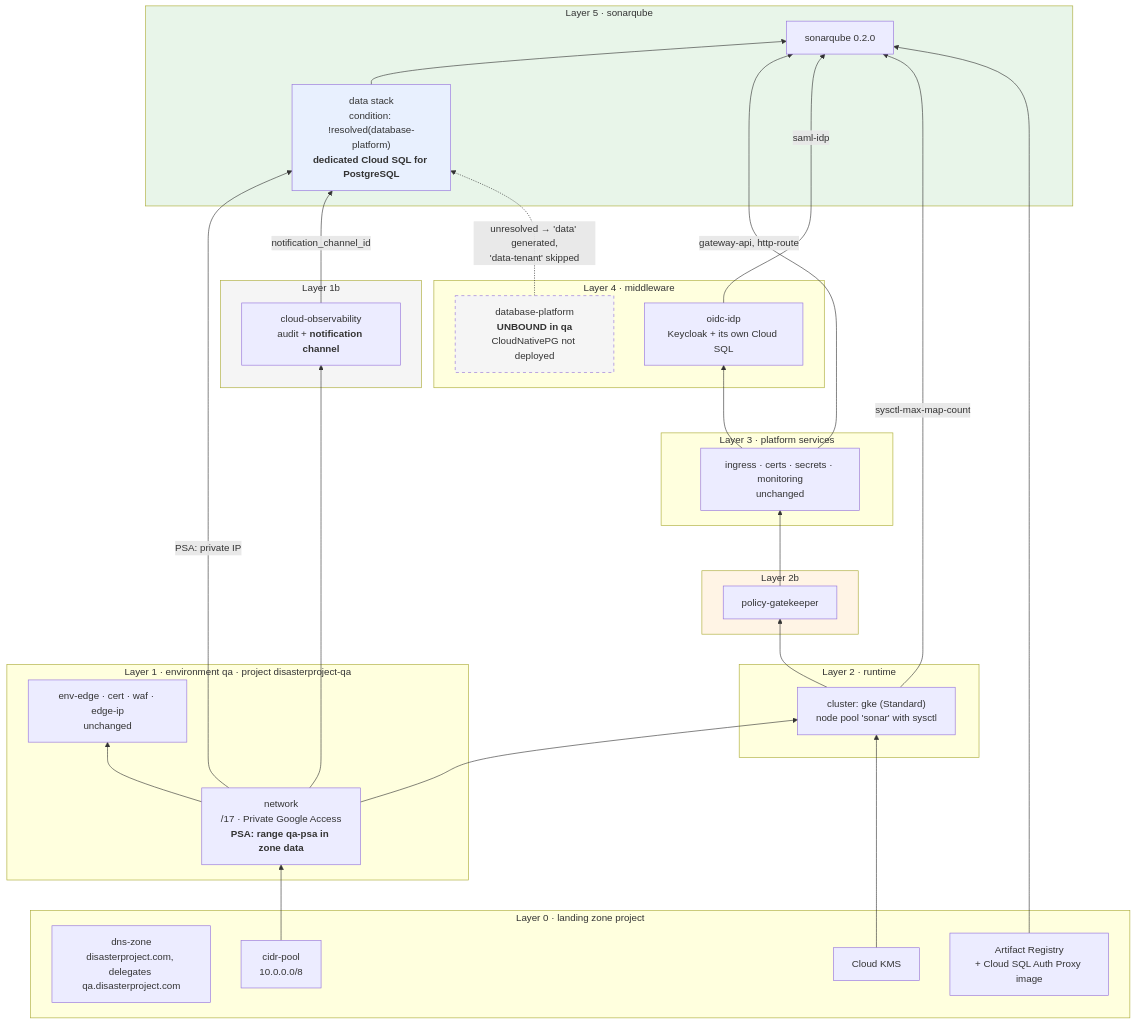
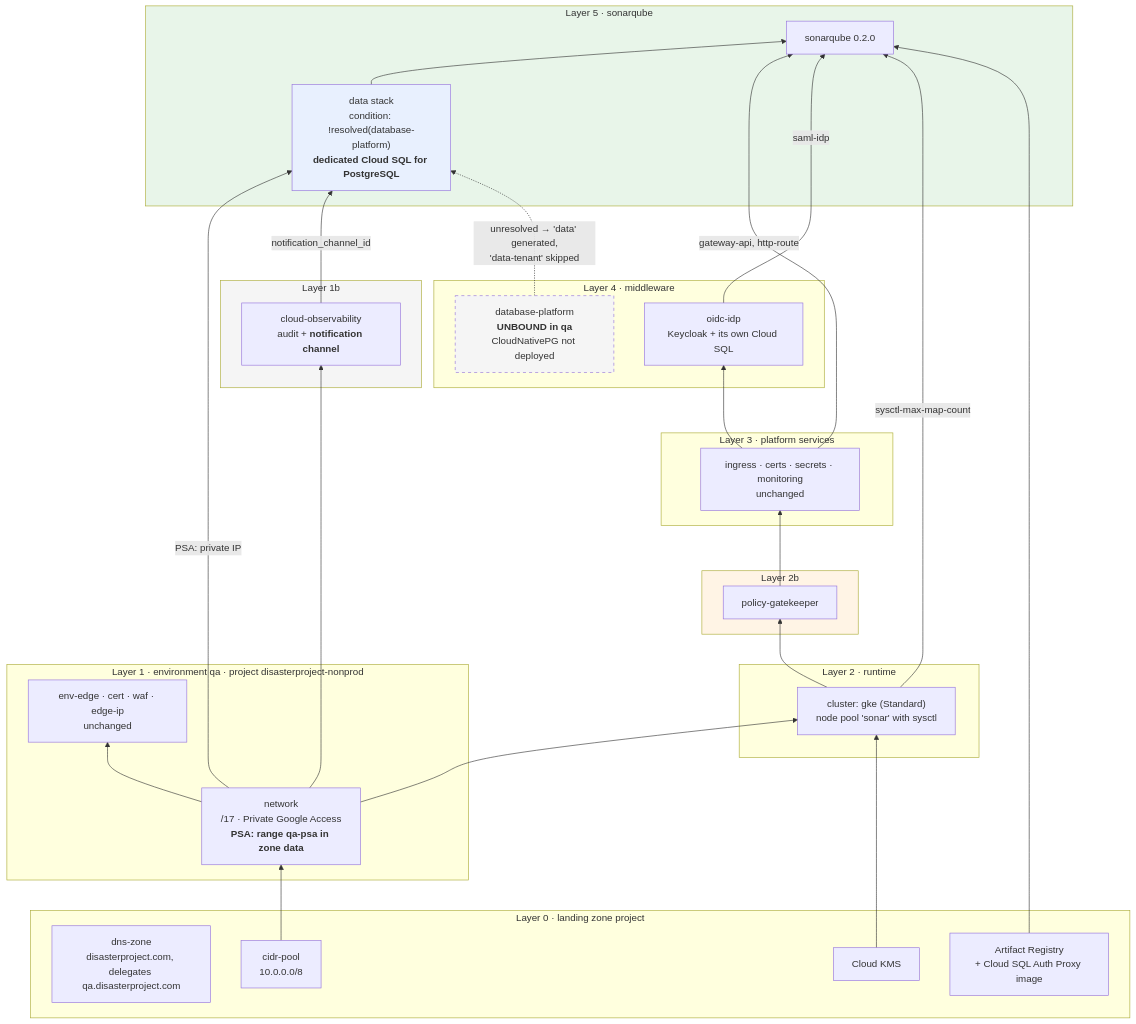
Before and after one commit to aescanero/proposal_documents: the diagram in docs/en/proposals/sonarqube-qa-cloudsql/diagrams/01-capas-dependencias.mmd, drawn with Mermaid. The commit also changed 137 other files, not shown here.

```diff
--- a/docs/en/proposals/sonarqube-qa-cloudsql/diagrams/01-capas-dependencias.mmd
+++ b/docs/en/proposals/sonarqube-qa-cloudsql/diagrams/01-capas-dependencias.mmd
@@ -1,53 +1,53 @@
 flowchart BT
     subgraph L0["Layer 0 · landing zone project"]
         DZ["dns-zone<br/>disasterproject.com, delegates qa.disasterproject.com"]
         CP["cidr-pool<br/>10.0.0.0/8"]
         KMS["Cloud KMS"]
         AR["Artifact Registry<br/>+ Cloud SQL Auth Proxy image"]
     end
-    subgraph L1["Layer 1 · environment qa · project disasterproject-qa"]
+    subgraph L1["Layer 1 · environment qa · project disasterproject-nonprod"]
         NET["network<br/>/17 · Private Google Access<br/><b>PSA: range qa-psa in zone data</b>"]
         EE["env-edge · cert · waf · edge-ip<br/>unchanged"]
     end
     subgraph L1B["Layer 1b"]
         CO["cloud-observability<br/>audit + <b>notification channel</b>"]
     end
     subgraph L2["Layer 2 · runtime"]
         CL["cluster: gke (Standard)<br/>node pool 'sonar' with sysctl"]
     end
     subgraph L2B["Layer 2b"]
         POL["policy-gatekeeper"]
     end
     subgraph L3["Layer 3 · platform services"]
         ING["ingress · certs · secrets · monitoring<br/>unchanged"]
     end
     subgraph L4["Layer 4 · middleware"]
         DBP["database-platform<br/><b>UNBOUND in qa</b><br/>CloudNativePG not deployed"]
         IDP["oidc-idp<br/>Keycloak + its own Cloud SQL"]
     end
     subgraph L5["Layer 5 · sonarqube"]
         SQ["sonarqube 0.2.0"]
         DATA["data stack<br/>condition: !resolved(database-platform)<br/><b>dedicated Cloud SQL for PostgreSQL</b>"]
     end
 
     CP --> NET
     NET --> CO
     NET --> CL
     NET --> EE
     CL --> POL --> ING
     KMS --> CL
     ING --> IDP
     NET -->|"PSA: private IP"| DATA
     DATA --> SQ
     CO -->|"notification_channel_id"| DATA
     ING -->|"gateway-api, http-route"| SQ
     IDP -->|"saml-idp"| SQ
     CL -->|"sysctl-max-map-count"| SQ
     AR --> SQ
     DBP -. "unresolved → 'data' generated,<br/>'data-tenant' skipped" .-> DATA
 
     style DBP fill:#f5f5f5,stroke-dasharray: 5 5
     style DATA fill:#e8f0fe
     style L5 fill:#e8f5e9
     style L2B fill:#fff4e5
     style L1B fill:#f5f5f5
```
